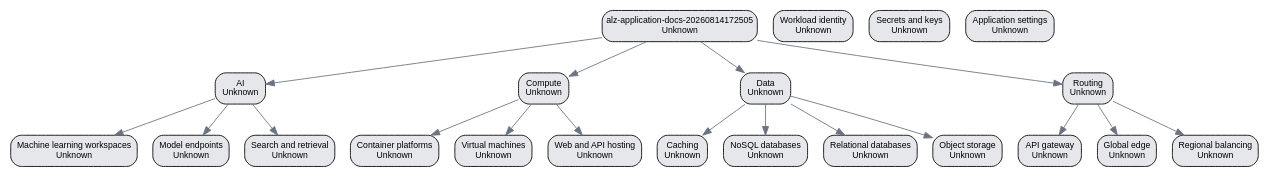
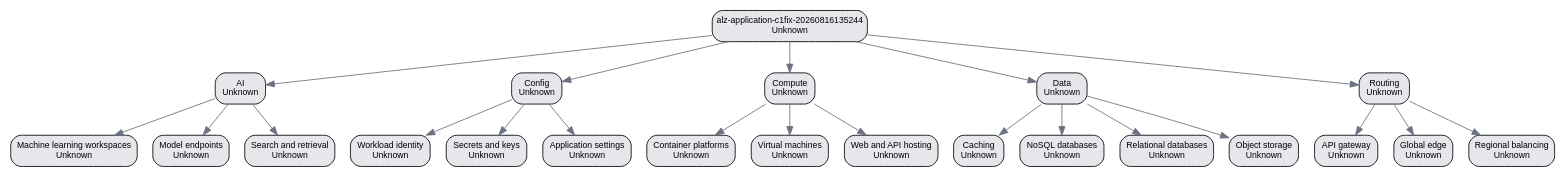
The diagram in infra-as-code/bicep/modules/policy/healthModel/media/application-healthmodel-live.dot (Azure/ALZ-Bicep), drawn with Graphviz before and after one commit. The commit also changed 5 other files, not shown here.

```diff
--- a/infra-as-code/bicep/modules/policy/healthModel/media/application-healthmodel-live.dot
+++ b/infra-as-code/bicep/modules/policy/healthModel/media/application-healthmodel-live.dot
@@ -1,44 +1,49 @@
 digraph G {
   rankdir=TB;
   splines=true;
   node [shape=box,style="rounded,filled",fontname="Arial",fontsize=10];
   edge [color="#6b7280"];
   "aiml" [label="AI\nUnknown", fillcolor="#e5e7eb"];
   "aiml-ml" [label="Machine learning workspaces\nUnknown", fillcolor="#e5e7eb"];
   "aiml-models" [label="Model endpoints\nUnknown", fillcolor="#e5e7eb"];
   "aiml-search" [label="Search and retrieval\nUnknown", fillcolor="#e5e7eb"];
-  "alz-application-docs-20260814172505" [label="alz-application-docs-20260814172505\nUnknown", fillcolor="#e5e7eb"];
+  "alz-application-c1fix-20260816135244" [label="alz-application-c1fix-20260816135244\nUnknown", fillcolor="#e5e7eb"];
+  "appconfig" [label="Config\nUnknown", fillcolor="#e5e7eb"];
+  "appconfig-identity" [label="Workload identity\nUnknown", fillcolor="#e5e7eb"];
+  "appconfig-secrets" [label="Secrets and keys\nUnknown", fillcolor="#e5e7eb"];
+  "appconfig-settings" [label="Application settings\nUnknown", fillcolor="#e5e7eb"];
   "compute" [label="Compute\nUnknown", fillcolor="#e5e7eb"];
   "compute-containers" [label="Container platforms\nUnknown", fillcolor="#e5e7eb"];
   "compute-vms" [label="Virtual machines\nUnknown", fillcolor="#e5e7eb"];
   "compute-web" [label="Web and API hosting\nUnknown", fillcolor="#e5e7eb"];
-  "config-identity" [label="Workload identity\nUnknown", fillcolor="#e5e7eb"];
-  "config-secrets" [label="Secrets and keys\nUnknown", fillcolor="#e5e7eb"];
-  "config-settings" [label="Application settings\nUnknown", fillcolor="#e5e7eb"];
   "data" [label="Data\nUnknown", fillcolor="#e5e7eb"];
   "data-caching" [label="Caching\nUnknown", fillcolor="#e5e7eb"];
   "data-nosql" [label="NoSQL databases\nUnknown", fillcolor="#e5e7eb"];
   "data-relational" [label="Relational databases\nUnknown", fillcolor="#e5e7eb"];
   "data-storage" [label="Object storage\nUnknown", fillcolor="#e5e7eb"];
   "routing" [label="Routing\nUnknown", fillcolor="#e5e7eb"];
   "routing-api" [label="API gateway\nUnknown", fillcolor="#e5e7eb"];
   "routing-global-edge" [label="Global edge\nUnknown", fillcolor="#e5e7eb"];
   "routing-regional" [label="Regional balancing\nUnknown", fillcolor="#e5e7eb"];
   "aiml" -> "aiml-ml";
   "aiml" -> "aiml-models";
   "aiml" -> "aiml-search";
-  "alz-application-docs-20260814172505" -> "aiml";
-  "alz-application-docs-20260814172505" -> "compute";
-  "alz-application-docs-20260814172505" -> "data";
-  "alz-application-docs-20260814172505" -> "routing";
+  "alz-application-c1fix-20260816135244" -> "aiml";
+  "alz-application-c1fix-20260816135244" -> "appconfig";
+  "alz-application-c1fix-20260816135244" -> "compute";
+  "alz-application-c1fix-20260816135244" -> "data";
+  "alz-application-c1fix-20260816135244" -> "routing";
+  "appconfig" -> "appconfig-identity";
+  "appconfig" -> "appconfig-secrets";
+  "appconfig" -> "appconfig-settings";
   "compute" -> "compute-containers";
   "compute" -> "compute-vms";
   "compute" -> "compute-web";
   "data" -> "data-caching";
   "data" -> "data-nosql";
   "data" -> "data-relational";
   "data" -> "data-storage";
   "routing" -> "routing-api";
   "routing" -> "routing-global-edge";
   "routing" -> "routing-regional";
 }
```
